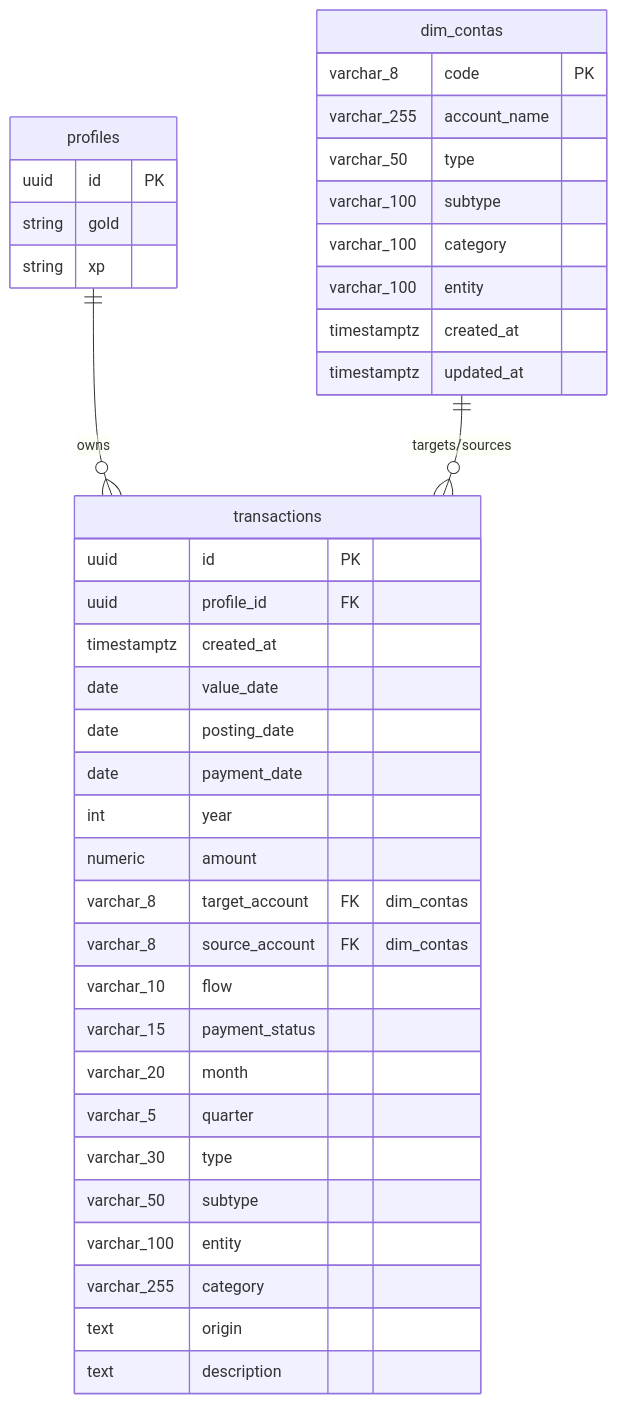
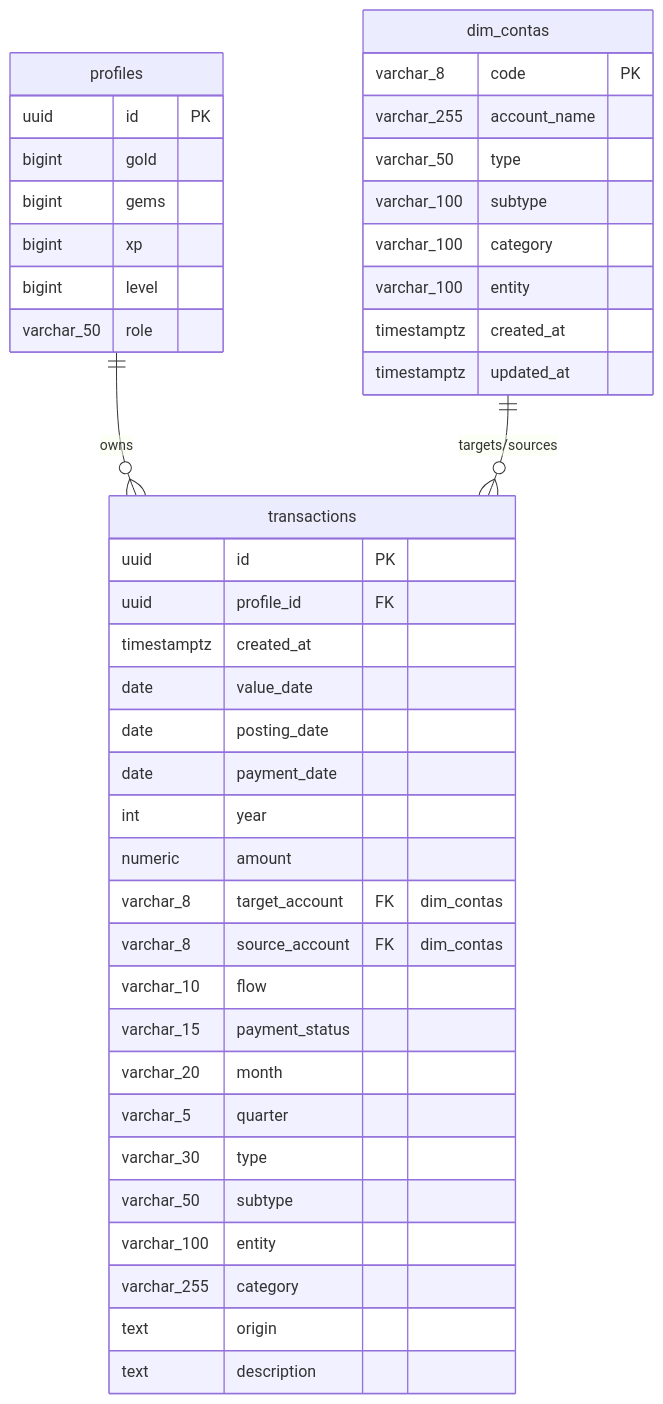
The diagram in documentation/schema_information.md (divagarpelamente-blip/medieval-stuff), drawn with Mermaid before and after one commit. The commit also changed other lines of this file and 14 other files, not shown here.

Commit message:
feat: implement modular dashboard widgets, analytics utilities, and supporting architecture documentation

````diff
--- a/documentation/schema_information.md
+++ b/documentation/schema_information.md
@@ -5,43 +5,46 @@
 ```mermaid
 erDiagram
     profiles {
         uuid id PK
-        string gold
-        string xp
+        bigint gold
+        bigint gems
+        bigint xp
+        bigint level
+        varchar_50 role
     }
     dim_contas {
         varchar_8 code PK
         varchar_255 account_name
         varchar_50 type
         varchar_100 subtype
         varchar_100 category
         varchar_100 entity
         timestamptz created_at
         timestamptz updated_at
     }
     transactions {
         uuid id PK
         uuid profile_id FK
         timestamptz created_at
         date value_date
         date posting_date
         date payment_date
         int year
         numeric amount
         varchar_8 target_account FK "dim_contas"
         varchar_8 source_account FK "dim_contas"
         varchar_10 flow
         varchar_15 payment_status
         varchar_20 month
         varchar_5 quarter
         varchar_30 type
         varchar_50 subtype
         varchar_100 entity
         varchar_255 category
         text origin
         text description
     }
 
     profiles ||--o{ transactions : "owns"
     dim_contas ||--o{ transactions : "targets/sources"
 ```
````
